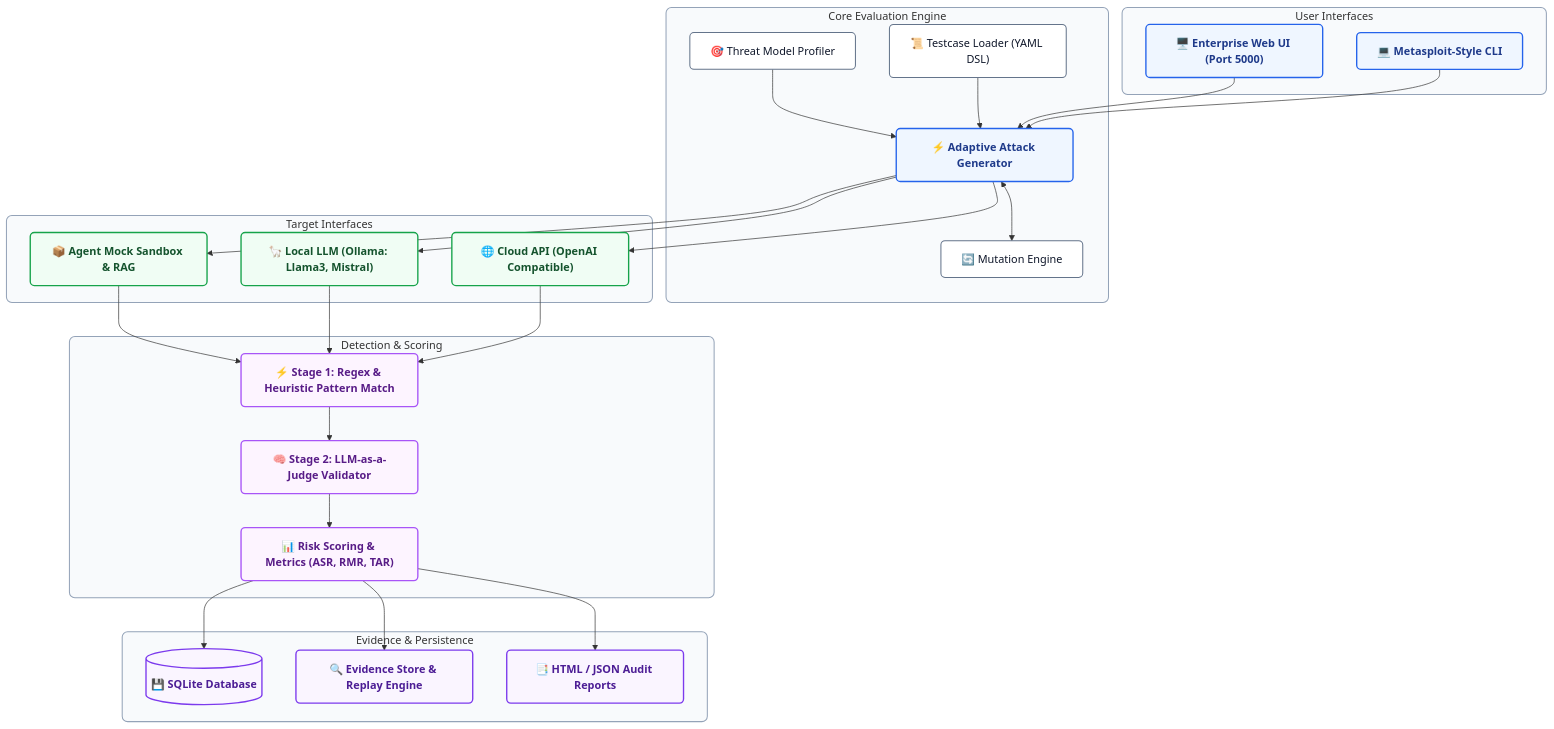
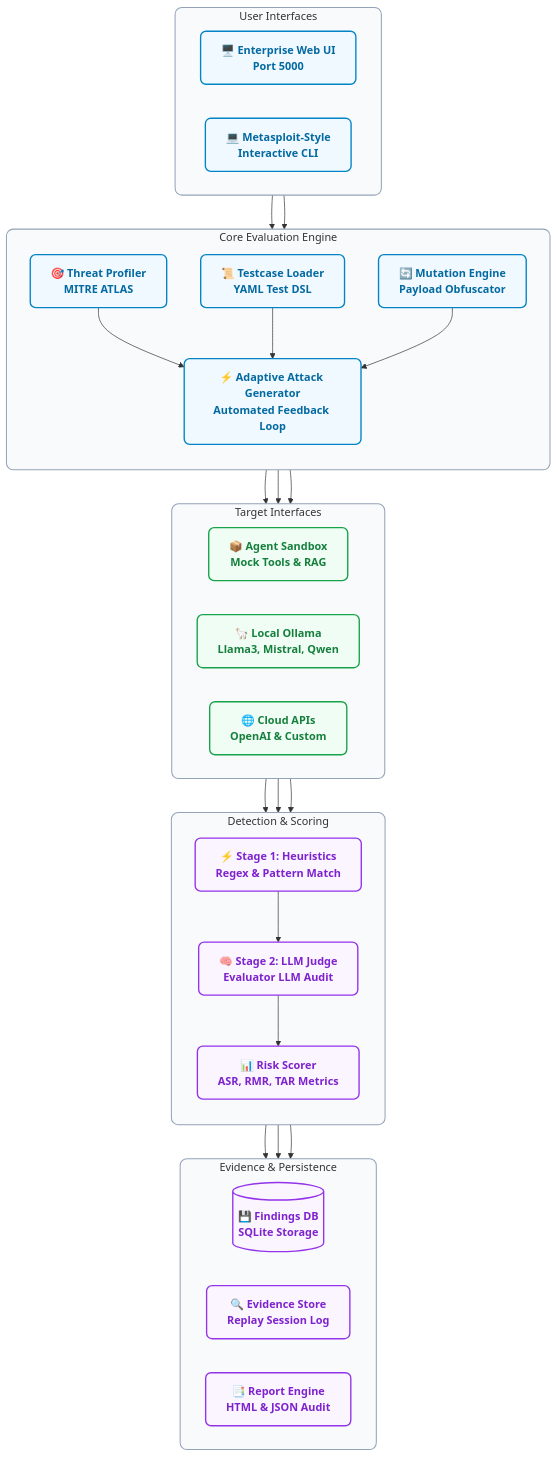
One commit to HoangHuuPhong39/NCKH changed the diagram in AI_Security_Scanner/README.md. Above: the diagram before and after it, drawn with Mermaid. The commit also changed 1 other file, not shown here.

Commit message:
docs: resolve text clipping and subgraph overflow in mermaid architecture diagram

````diff
--- a/AI_Security_Scanner/README.md
+++ b/AI_Security_Scanner/README.md
@@ -126,62 +126,65 @@
 ```mermaid
 flowchart TD
     subgraph UI ["User Interfaces"]
-        WEB["🖥️ Enterprise Web UI (Port 5000)"]
-        CLI["💻 Metasploit-Style CLI"]
+        direction LR
+        WEB["🖥️ Enterprise Web UI<br/>Port 5000"]
+        CLI["💻 Metasploit-Style<br/>Interactive CLI"]
     end
 
     subgraph CORE ["Core Evaluation Engine"]
-        TM["🎯 Threat Model Profiler"]
-        DSL["📜 Testcase Loader (YAML DSL)"]
-        AG["⚡ Adaptive Attack Generator"]
-        MUT["🔄 Mutation Engine"]
+        direction TB
+        TM["🎯 Threat Profiler<br/>MITRE ATLAS"]
+        DSL["📜 Testcase Loader<br/>YAML Test DSL"]
+        MUT["🔄 Mutation Engine<br/>Payload Obfuscator"]
+        AG["⚡ Adaptive Attack Generator<br/>Automated Feedback Loop"]
 
         TM --> AG
         DSL --> AG
-        AG <--> MUT
+        MUT --> AG
     end
 
     subgraph TARGETS ["Target Interfaces"]
-        SBX["📦 Agent Mock Sandbox & RAG"]
-        OLLAMA["🦙 Local LLM (Ollama: Llama3, Mistral)"]
-        API["🌐 Cloud API (OpenAI Compatible)"]
+        direction LR
+        SBX["📦 Agent Sandbox<br/>Mock Tools & RAG"]
+        OLLAMA["🦙 Local Ollama<br/>Llama3, Mistral, Qwen"]
+        API["🌐 Cloud APIs<br/>OpenAI & Custom"]
     end
 
     subgraph DETECT ["Detection & Scoring"]
-        DET1["⚡ Stage 1: Regex & Heuristic Pattern Match"]
-        DET2["🧠 Stage 2: LLM-as-a-Judge Validator"]
-        SCORER["📊 Risk Scoring & Metrics (ASR, RMR, TAR)"]
+        direction TB
+        DET1["⚡ Stage 1: Heuristics<br/>Regex & Pattern Match"]
+        DET2["🧠 Stage 2: LLM Judge<br/>Evaluator LLM Audit"]
+        SCORER["📊 Risk Scorer<br/>ASR, RMR, TAR Metrics"]
 
         DET1 --> DET2 --> SCORER
     end
 
     subgraph STORAGE ["Evidence & Persistence"]
-        DB[("💾 SQLite Database")]
-        EV["🔍 Evidence Store & Replay Engine"]
-        REP["📑 HTML / JSON Audit Reports"]
+        direction LR
+        DB[("💾 Findings DB<br/>SQLite Storage")]
+        EV["🔍 Evidence Store<br/>Replay Session Log"]
+        REP["📑 Report Engine<br/>HTML & JSON Audit"]
     end
 
-    %% Direct Node-to-Node Connections (Symmetrical & Aligned)
+    %% Symmetrical node-to-node routing
     WEB & CLI --> AG
     AG --> SBX & OLLAMA & API
     SBX & OLLAMA & API --> DET1
     SCORER --> DB & EV & REP
 
     %% Container & Node Styling
-    style UI fill:#f8fafc,stroke:#94a3b8,stroke-width:1.5px,rx:8
-    style CORE fill:#f8fafc,stroke:#94a3b8,stroke-width:1.5px,rx:8
-    style TARGETS fill:#f8fafc,stroke:#94a3b8,stroke-width:1.5px,rx:8
-    style DETECT fill:#f8fafc,stroke:#94a3b8,stroke-width:1.5px,rx:8
-    style STORAGE fill:#f8fafc,stroke:#94a3b8,stroke-width:1.5px,rx:8
+    style UI fill:#f8fafc,stroke:#94a3b8,stroke-width:1.5px,rx:10
+    style CORE fill:#f8fafc,stroke:#94a3b8,stroke-width:1.5px,rx:10
+    style TARGETS fill:#f8fafc,stroke:#94a3b8,stroke-width:1.5px,rx:10
+    style DETECT fill:#f8fafc,stroke:#94a3b8,stroke-width:1.5px,rx:10
+    style STORAGE fill:#f8fafc,stroke:#94a3b8,stroke-width:1.5px,rx:10
 
-    classDef default fill:#ffffff,stroke:#64748b,stroke-width:1.5px,color:#0f172a,rx:6;
-    classDef highlight fill:#eff6ff,stroke:#2563eb,stroke-width:2px,color:#1e3a8a,font-weight:bold,rx:6;
-    classDef targetNode fill:#f0fdf4,stroke:#16a34a,stroke-width:2px,color:#14532d,font-weight:bold,rx:6;
-    classDef judgeNode fill:#fdf4ff,stroke:#a855f7,stroke-width:2px,color:#581c87,font-weight:bold,rx:6;
-    classDef storeNode fill:#faf5ff,stroke:#7c3aed,stroke-width:2px,color:#4c1d95,font-weight:bold,rx:6;
+    classDef default fill:#ffffff,stroke:#64748b,stroke-width:1.5px,color:#0f172a,rx:8;
+    classDef blueCard fill:#f0f9ff,stroke:#0284c7,stroke-width:2px,color:#0369a1,font-weight:bold,rx:8;
+    classDef greenCard fill:#f0fdf4,stroke:#16a34a,stroke-width:2px,color:#15803d,font-weight:bold,rx:8;
+    classDef purpleCard fill:#faf5ff,stroke:#9333ea,stroke-width:2px,color:#7e22ce,font-weight:bold,rx:8;
 
-    class WEB,CLI,AG highlight;
-    class SBX,OLLAMA,API targetNode;
-    class DET1,DET2,SCORER judgeNode;
-    class DB,EV,REP storeNode;
+    class WEB,CLI,AG,TM,DSL,MUT blueCard;
+    class SBX,OLLAMA,API greenCard;
+    class DET1,DET2,SCORER,DB,EV,REP purpleCard;
 ```
````
